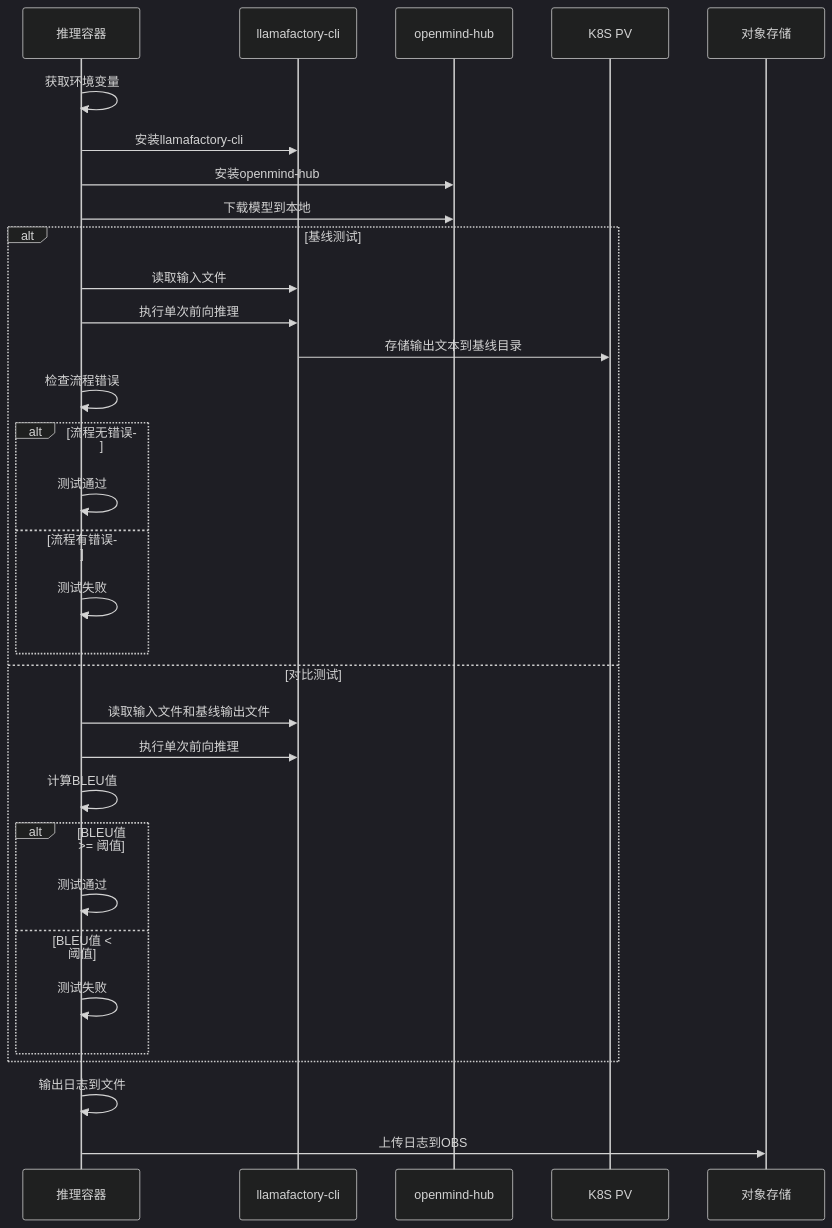
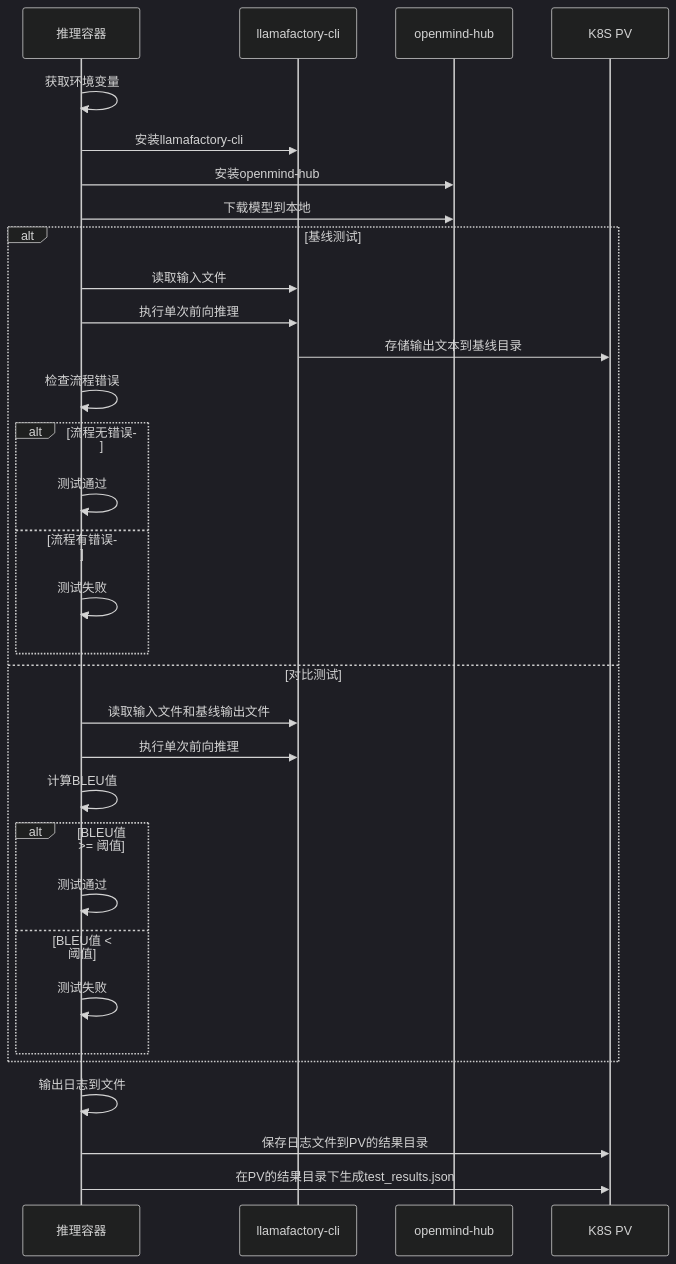
Before and after one commit to pillumina/design-proposal: the tenth of 12 diagrams in 模型精度性能测试自动化.md, drawn with Mermaid (dark theme). The commit also changed other lines of this file, not shown here.

````diff
--- a/模型精度性能测试自动化.md
+++ b/模型精度性能测试自动化.md
@@ -1074,35 +1144,35 @@
 ```mermaid
 sequenceDiagram
     participant Container as 推理容器
     participant CLI as llamafactory-cli
     participant Hub as openmind-hub
     participant Storage as K8S PV
-    participant OBS as 对象存储
 
     Container ->> Container: 获取环境变量
     Container ->> CLI: 安装llamafactory-cli
     Container ->> Hub: 安装openmind-hub
     Container ->> Hub: 下载模型到本地
     alt 基线测试
         Container ->> CLI: 读取输入文件
         Container ->> CLI: 执行单次前向推理
         CLI ->> Storage: 存储输出文本到基线目录
         Container ->> Container: 检查流程错误
         alt 流程无错误
             Container ->> Container: 测试通过
         else 流程有错误
             Container ->> Container: 测试失败
         end
     else 对比测试
         Container ->> CLI: 读取输入文件和基线输出文件
         Container ->> CLI: 执行单次前向推理
         Container ->> Container: 计算BLEU值
         alt BLEU值 >= 阈值
             Container ->> Container: 测试通过
         else BLEU值 < 阈值
             Container ->> Container: 测试失败
         end
     end
     Container ->> Container: 输出日志到文件
-    Container ->> OBS: 上传日志到OBS
+    Container ->> Storage: 保存日志文件到PV的结果目录
+    Container ->> Storage: 在PV的结果目录下生成test_results.json
 ```
````
